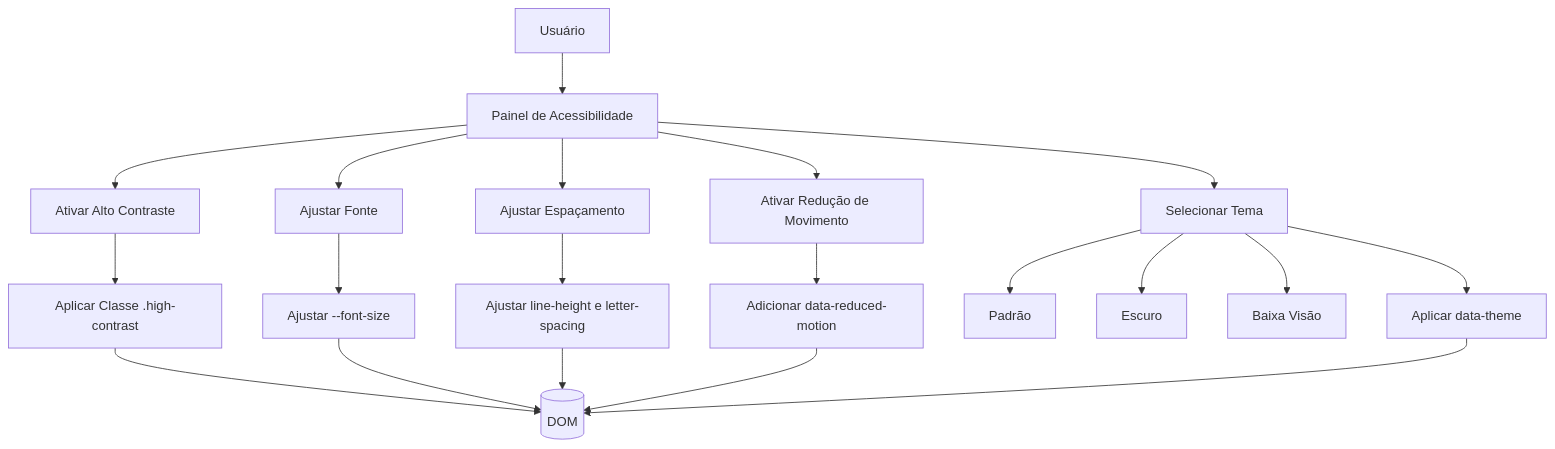
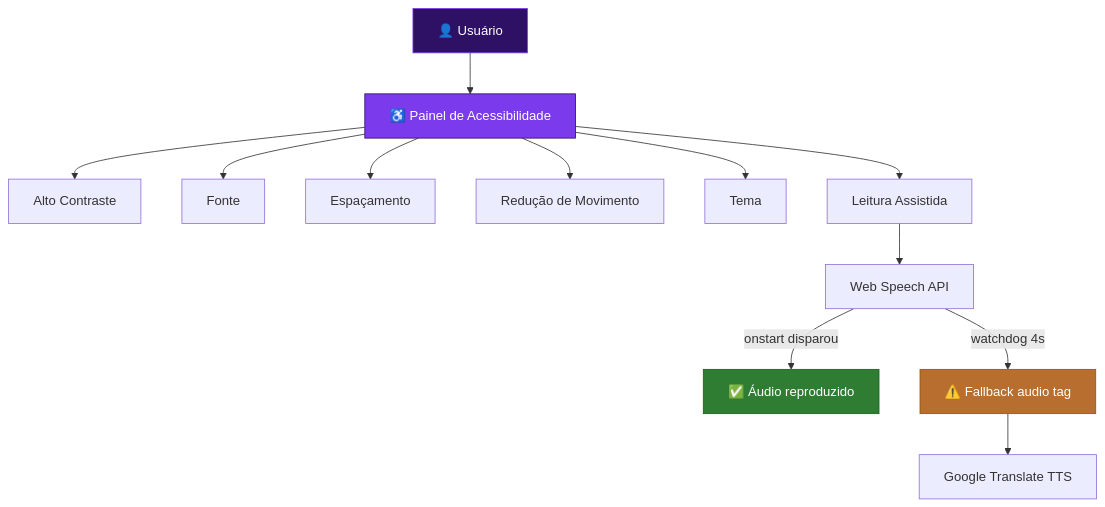
One commit to LATECE-UFRN/lateceufrn changed the fourth of 4 diagrams in README.md. Above: the diagram before and after it, drawn with Mermaid. The commit also changed other lines of this file, not shown here.

````diff
--- a/README.md
+++ b/README.md
@@ -1140,25 +1537,20 @@
 ```mermaid
 flowchart TD
-    U[Usuário] --> P[Painel de Acessibilidade]
-    P --> C[Ativar Alto Contraste]
-    P --> F[Ajustar Fonte]
-    P --> E[Ajustar Espaçamento]
-    P --> M[Ativar Redução de Movimento]
-    P --> T[Selecionar Tema]
+    U[👤 Usuário] --> P[♿ Painel de Acessibilidade]
+    P --> C[Alto Contraste]
+    P --> F[Fonte]
+    P --> E[Espaçamento]
+    P --> M[Redução de Movimento]
+    P --> T[Tema]
+    P --> S[Leitura Assistida]
 
-    T --> T1[Padrão]
-    T --> T2[Escuro]
-    T --> T3[Baixa Visão]
+    S --> W[Web Speech API]
+    W -->|onstart disparou| OK[✅ Áudio reproduzido]
+    W -->|watchdog 4s| FB[⚠️ Fallback audio tag]
+    FB --> G[Google Translate TTS]
 
-    C --> A1[Aplicar Classe .high-contrast]
-    F --> A2[Ajustar --font-size]
-    E --> A3[Ajustar line-height e letter-spacing]
-    M --> A4[Adicionar data-reduced-motion]
-    T --> A5[Aplicar data-theme]
-
-    A1 --> DOM[(DOM)]
-    A2 --> DOM
-    A3 --> DOM
-    A4 --> DOM
-    A5 --> DOM
+    style U fill:#2E1065,stroke:#7C3AED,color:#fff
+    style P fill:#7C3AED,stroke:#2E1065,color:#fff
+    style OK fill:#2E7D32,stroke:#1B5E20,color:#fff
+    style FB fill:#B76E2E,stroke:#8A5A0E,color:#fff
 ```
````
